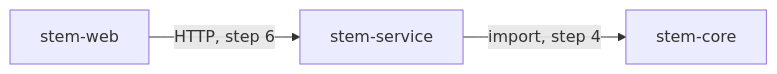
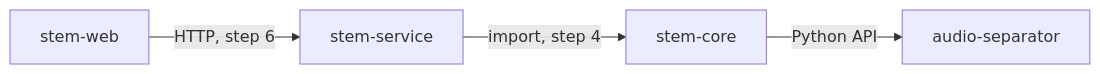
One commit to martinmayer-tech/music-stems changed the diagram in docs/dependency-graph.md. Above: the diagram before and after it, drawn with Mermaid. The commit also changed other lines of this file and 14 other files, not shown here.

````diff
--- a/docs/dependency-graph.md
+++ b/docs/dependency-graph.md
@@ -9,5 +9,6 @@
 ```mermaid
 flowchart LR
     web[stem-web] -->|HTTP, step 6| service[stem-service]
     service -->|import, step 4| core[stem-core]
+    core -->|Python API| sep[audio-separator]
 ```
````
